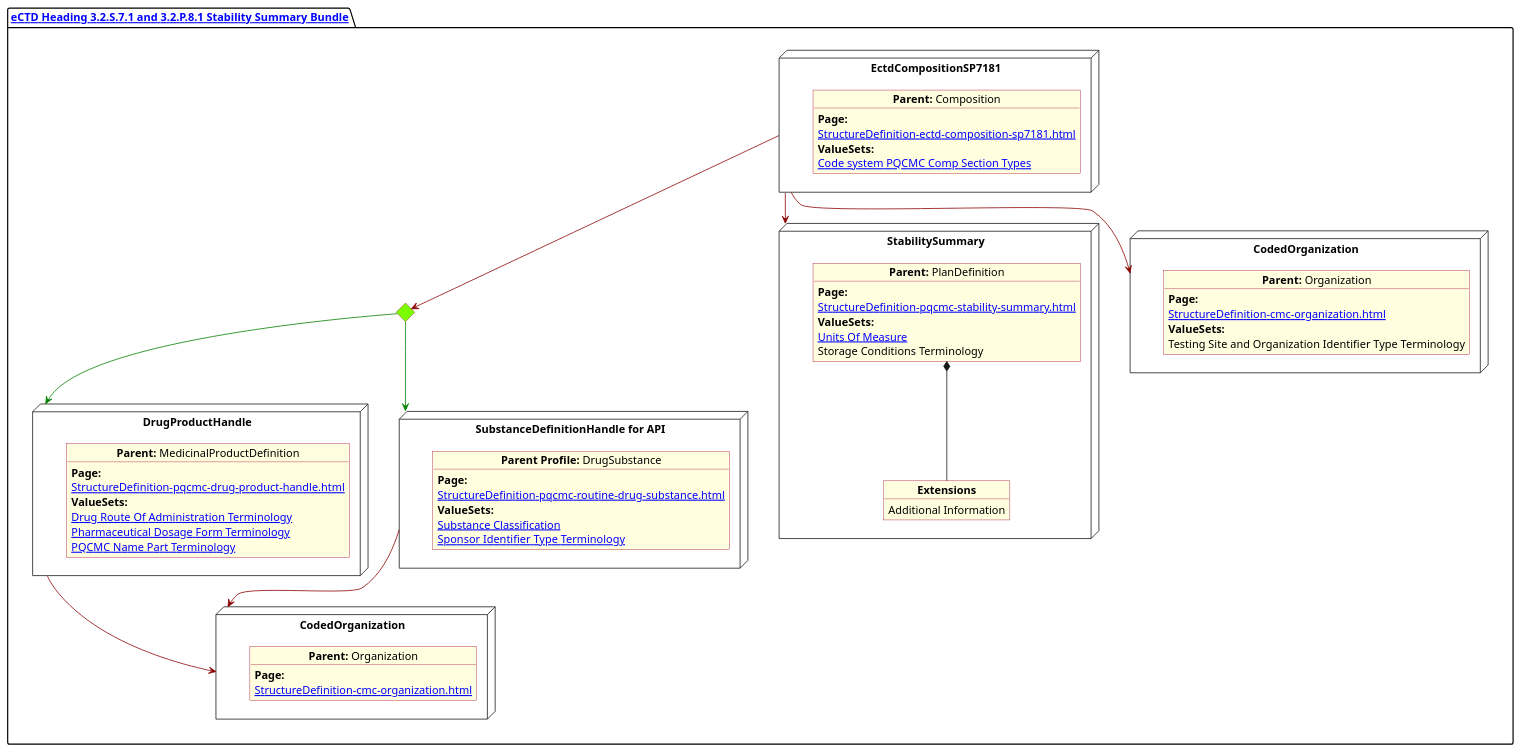
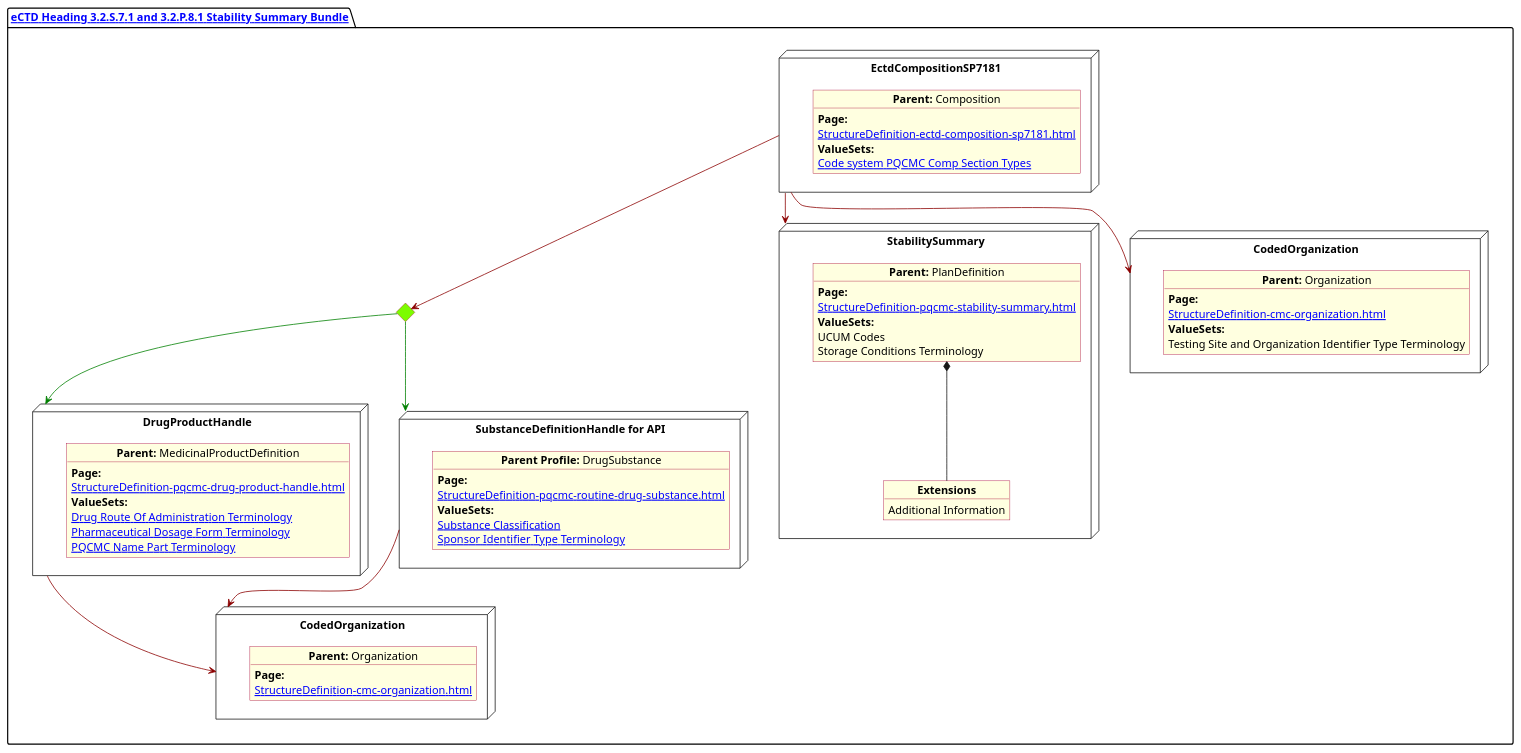
Before and after one commit to HL7/FHIR-us-pq-cmc-fda: the diagram in input/images-source/StabilitySummary.plantuml, drawn with PlantUML. The commit also changed 8 other files, not shown here.

Commit message:
Added diagram of batch analysis and removed  all Hyperlink old value set

```diff
--- a/input/images-source/StabilitySummary.plantuml
+++ b/input/images-source/StabilitySummary.plantuml
@@ -1,91 +1,91 @@
 @startuml StabilitySummary
 allowmixing
 'Mixed model of use case and object
 skinparam svgDimensionStyle false
 skinparam ObjectBackgroundColor LightYellow
 skinparam ObjectBorderColor #A80036
 skinparam activityDiamondBorderColor #A80036
 skinparam activityDiamondBackgroundColor lawnGreen
 skinparam ClassBorderThickness 4
 
 package "[[StructureDefinition-cmc-ectd-document-sp7181.html eCTD Heading 3.2.S.7.1 and 3.2.P.8.1 Stability Summary Bundle]]" as NODES {
 
       node "DrugProductHandle" as NN {
 
             object "**Parent:** MedicinalProductDefinition" as obj3 {
                   **Page:**
                   [[StructureDefinition-pqcmc-drug-product-handle.html]]
                   **ValueSets:**
                   [[ValueSet-spl-drug-route-of-administration-terminology.html Drug Route Of Administration Terminology]]
                   [[ValueSet-spl-pharmaceutical-dosage-form-terminology.html Pharmaceutical Dosage Form Terminology]]
                   [[ValueSet-pqcmc-name-part-terminology.html PQCMC Name Part Terminology]]
             }
       }
       diamond CH
 
       node "SubstanceDefinitionHandle for API" as NNS {
 
             object "**Parent Profile:** DrugSubstance" as obj4 {
                   **Page:**
                   [[StructureDefinition-pqcmc-routine-drug-substance.html]]
                   **ValueSets:**
                   [[ValueSet-substance-classification.html Substance Classification]]
                   [[ValueSet-pqcmc-org-identifier-type-terminology.html Sponsor Identifier Type Terminology]]
             }
       }
 
 
       node "CodedOrganization" as NMFG {
 
             object "**Parent:** Organization" as objDP {
                   **Page:**
                   [[StructureDefinition-cmc-organization.html]]
             }
       }
       node "StabilitySummary" as NMain {
 
             object "**Parent:** PlanDefinition" as objMain {
                   **Page:**
                   [[StructureDefinition-pqcmc-stability-summary.html]]
                   **ValueSets:**
-                  [[ValueSet-pqcmc-units-of-measure.html Units Of Measure]]
+                 UCUM Codes
                   Storage Conditions Terminology
             }
 
             object "**Extensions**" as objExs2 {
                   Additional Information
             }
 
             objMain *-- objExs2
       }
 
       node "EctdCompositionSP7181" as N1 {
 
             object "**Parent:** Composition" as obj1 {
                   **Page:**
                   [[StructureDefinition-ectd-composition-sp7181.html]]
                   **ValueSets:**
                   [[ValueSet-cmc-comp-section-types-vs.html Code system PQCMC Comp Section Types]]
             }
       }
       node "CodedOrganization" as NSO {
 
             object "**Parent:** Organization" as objAu {
                   **Page:**
                   [[StructureDefinition-cmc-organization.html]]
                   **ValueSets:**
                   Testing Site and Organization Identifier Type Terminology
             }
       }
 
       CH -[#green]-> NN
       CH -[#green]-> NNS
       N1 -[#darkred]-> CH
       N1 -[#darkred]-> NSO
       NN -[#darkred]-> NMFG
       NNS -[#darkred]-> NMFG
       N1 -[#darkred]-> NMain
 
 
 }
 @enduml
```
